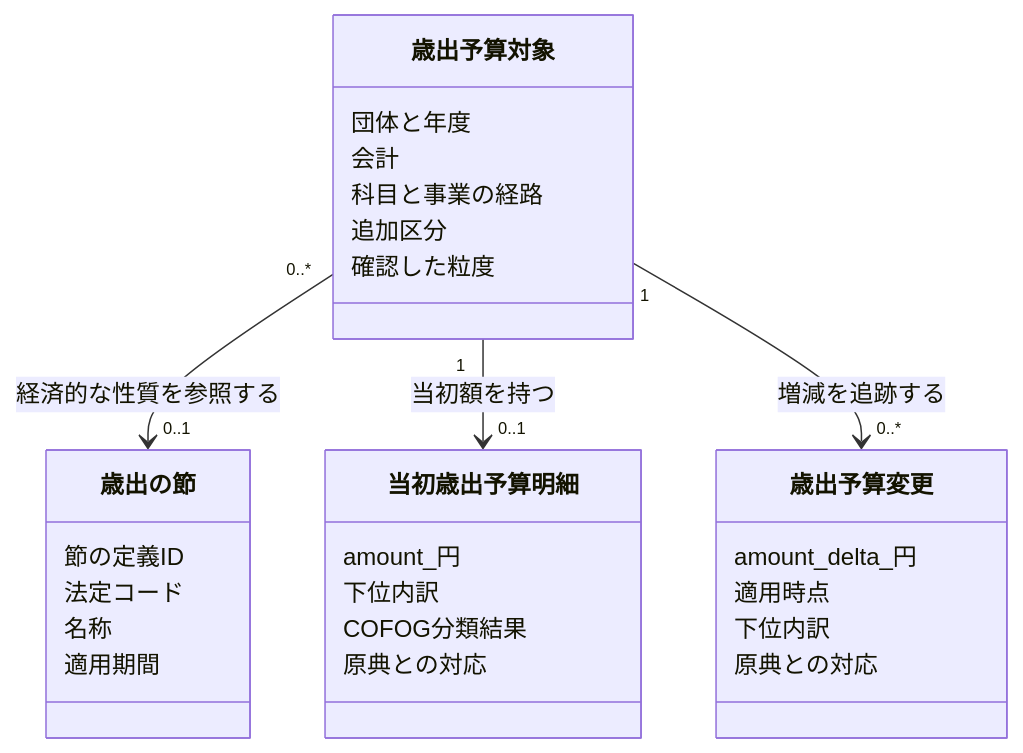
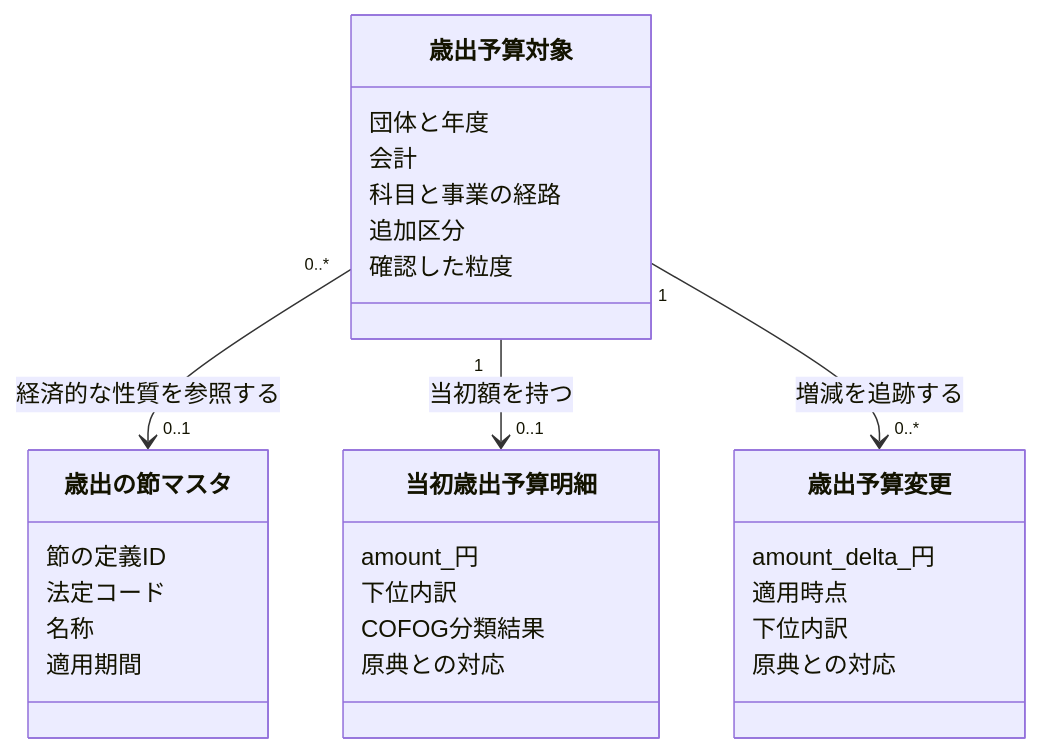
Before and after one commit to wwwyo/fudoki: the second of 2 diagrams in docs/fiscal-domain-model.md, drawn with Mermaid. The commit also changed other lines of this file and 8 other files, not shown here.

````diff
--- a/docs/fiscal-domain-model.md
+++ b/docs/fiscal-domain-model.md
@@ -74,31 +80,31 @@
 ```mermaid
 classDiagram
-    class ExpenditureSetsu["歳出の節"] {
+    class ExpenditureSetsuMaster["歳出の節マスタ"] {
         節の定義ID
         法定コード
         名称
         適用期間
     }
     class ExpenditureBudgetItem["歳出予算対象"] {
         団体と年度
         会計
         科目と事業の経路
         追加区分
         確認した粒度
     }
     class InitialExpenditureBudgetLine["当初歳出予算明細"] {
         amount_円
         下位内訳
         COFOG分類結果
         原典との対応
     }
     class ExpenditureBudgetChange["歳出予算変更"] {
         amount_delta_円
         適用時点
         下位内訳
         原典との対応
     }
-    ExpenditureBudgetItem "0..*" --> "0..1" ExpenditureSetsu : 経済的な性質を参照する
+    ExpenditureBudgetItem "0..*" --> "0..1" ExpenditureSetsuMaster : 経済的な性質を参照する
     ExpenditureBudgetItem "1" --> "0..1" InitialExpenditureBudgetLine : 当初額を持つ
     ExpenditureBudgetItem "1" --> "0..*" ExpenditureBudgetChange : 増減を追跡する
 ```
````
